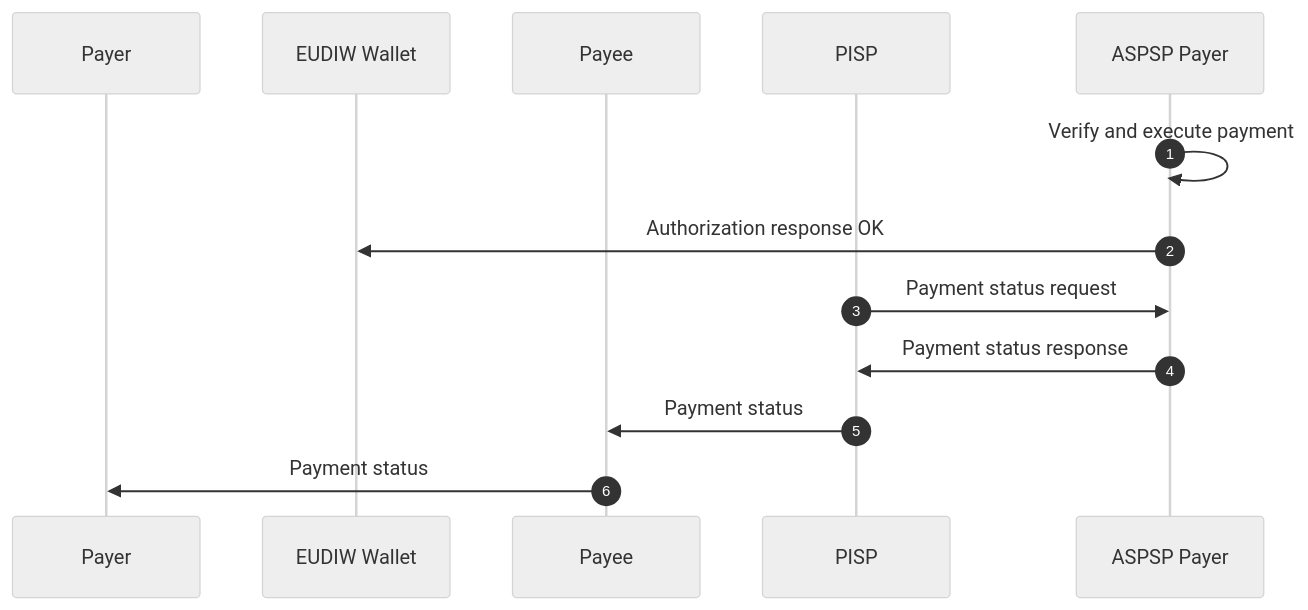
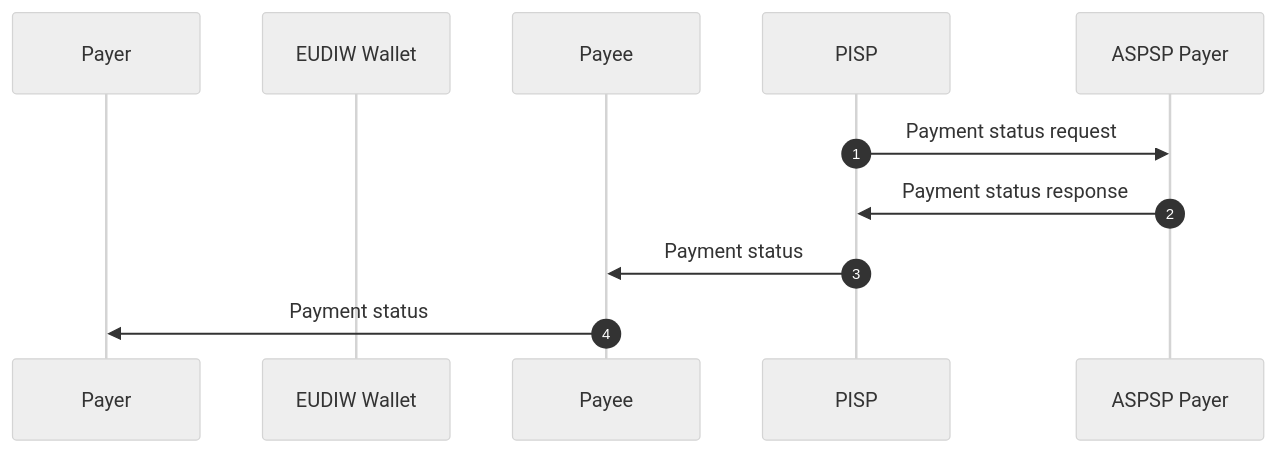
The fourth of 4 diagrams in openbanking-r2s.md (digitallabor-berlin/eudiw-sca), drawn with Mermaid (neutral theme) before and after one commit. The commit also changed other lines of this file, not shown here.

````diff
--- a/openbanking-r2s.md
+++ b/openbanking-r2s.md
@@ -358,18 +365,16 @@
 ```mermaid
 
 sequenceDiagram
     autonumber
     participant payer as Payer
     participant uw as EUDIW Wallet
     participant payee as Payee
     participant pisp as PISP
     participant bank as ASPSP Payer
     
-    bank ->> bank: Verify and execute payment
-    bank ->> uw: Authorization response OK
     pisp ->> bank: Payment status request
     bank ->> pisp: Payment status response
     pisp ->> payee: Payment status
     payee ->> payer: Payment status
 
 ```
````
